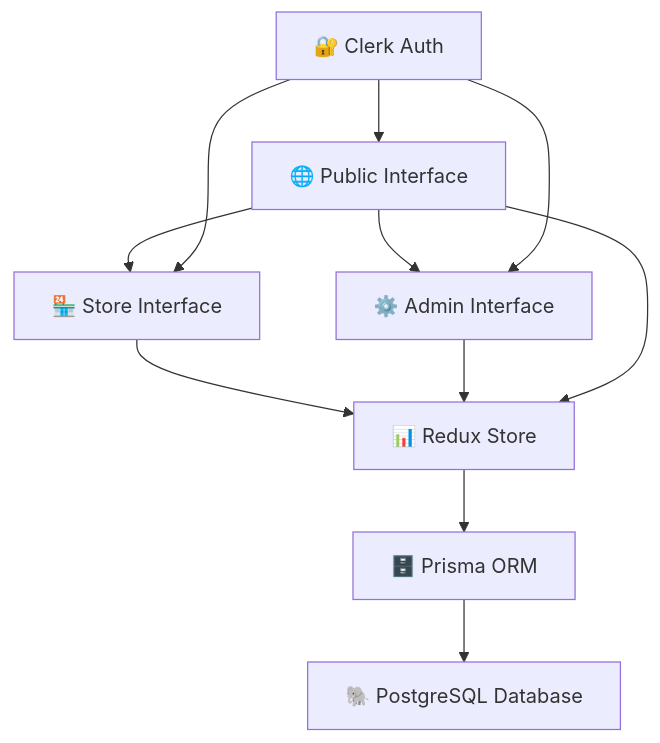
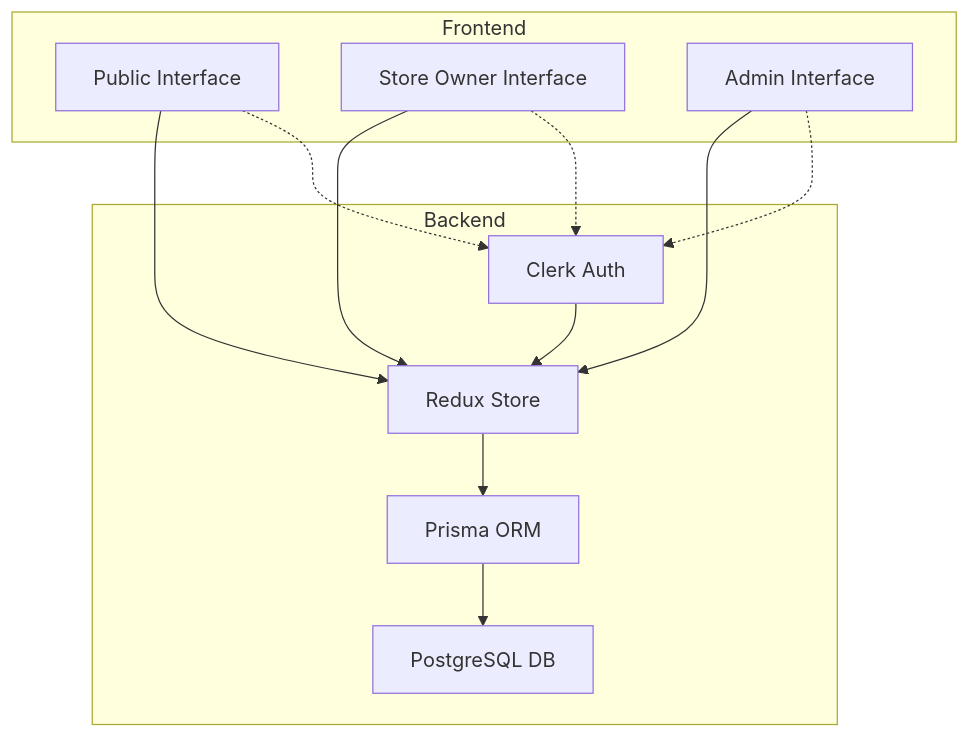
Before and after one commit to bloodwraith8851/gocart: the first of 3 diagrams in readme.md, drawn with Mermaid. The commit also changed other lines of this file, not shown here.

Commit message:
docs: restructure README to improve clarity on system architecture, user role access flow, and data model diagrams

````diff
--- a/readme.md
+++ b/readme.md
@@ -53,13 +53,24 @@
 ```mermaid
-graph TB
-    A["🌐 Public Interface"] --> B["🏪 Store Interface"]
-    A --> C["⚙️ Admin Interface"]
-    B --> D["📊 Redux Store"]
+%% High-level system architecture
+flowchart TB
+    subgraph Frontend
+        A[Public Interface]
+        B[Store Owner Interface]
+        C[Admin Interface]
+    end
+    subgraph Backend
+        D[Redux Store]
+        E[Prisma ORM]
+        F[PostgreSQL DB]
+        G[Clerk Auth]
+    end
+    A --> D
+    B --> D
     C --> D
-    A --> D
-    D --> E["🗄️ Prisma ORM"]
-    E --> F["🐘 PostgreSQL Database"]
-    G["🔐 Clerk Auth"] --> A
-    G --> B
-    G --> C
+    D --> E
+    E --> F
+    A -.-> G
+    B -.-> G
+    C -.-> G
+    G --> D
 ```
````
